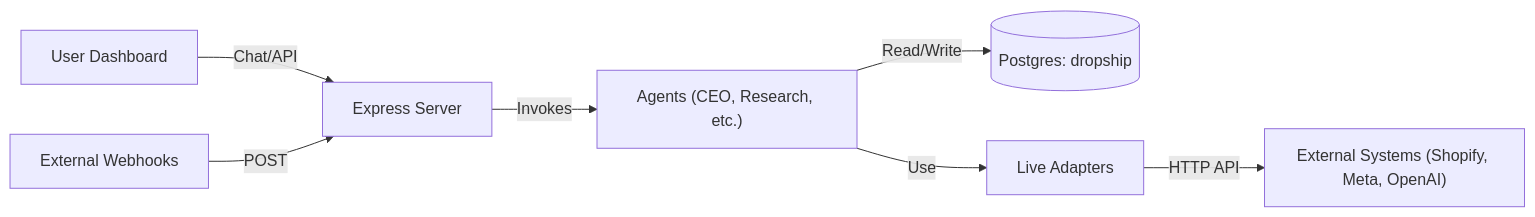
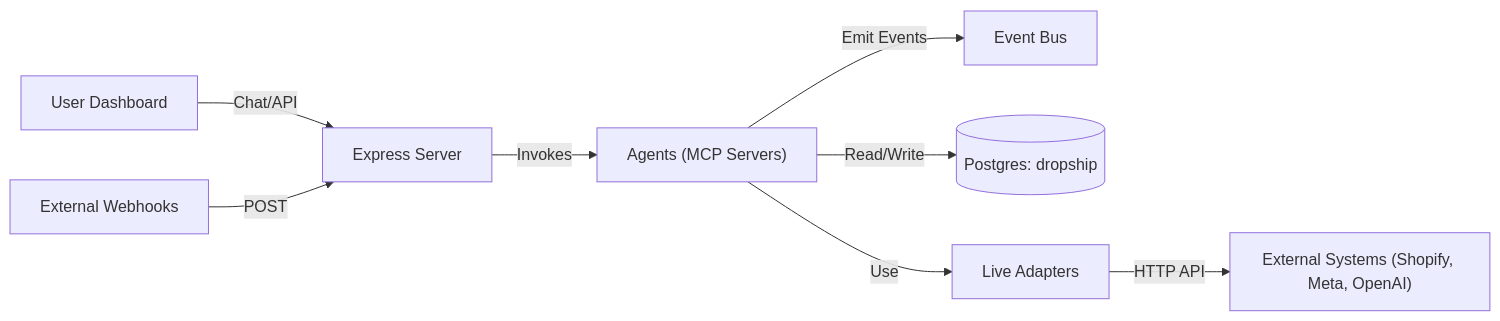
The second of 2 diagrams in Documentation/Reference/ENVIRONMENT_SIMULATION_V_LIVE.md (andylelli/ds1), drawn with Mermaid before and after one commit. The commit also changed other lines of this file and 1 other file, not shown here.

````diff
--- a/Documentation/Reference/ENVIRONMENT_SIMULATION_V_LIVE.md
+++ b/Documentation/Reference/ENVIRONMENT_SIMULATION_V_LIVE.md
@@ -29,9 +30,10 @@
 ```mermaid
 flowchart LR
   User["User Dashboard"] -->|Chat/API| Express[Express Server]
   Webhook["External Webhooks"] -->|POST| Express
-  Express -->|Invokes| Agents["Agents (CEO, Research, etc.)"]
+  Express -->|Invokes| Agents["Agents (MCP Servers)"]
+  Agents -->|Emit Events| EventBus["Event Bus"]
   Agents -->|Read/Write| DB[("Postgres: dropship")]
   Agents -->|Use| LiveAdapters["Live Adapters"]
   LiveAdapters -->|HTTP API| External["External Systems (Shopify, Meta, OpenAI)"]
 ```
````
